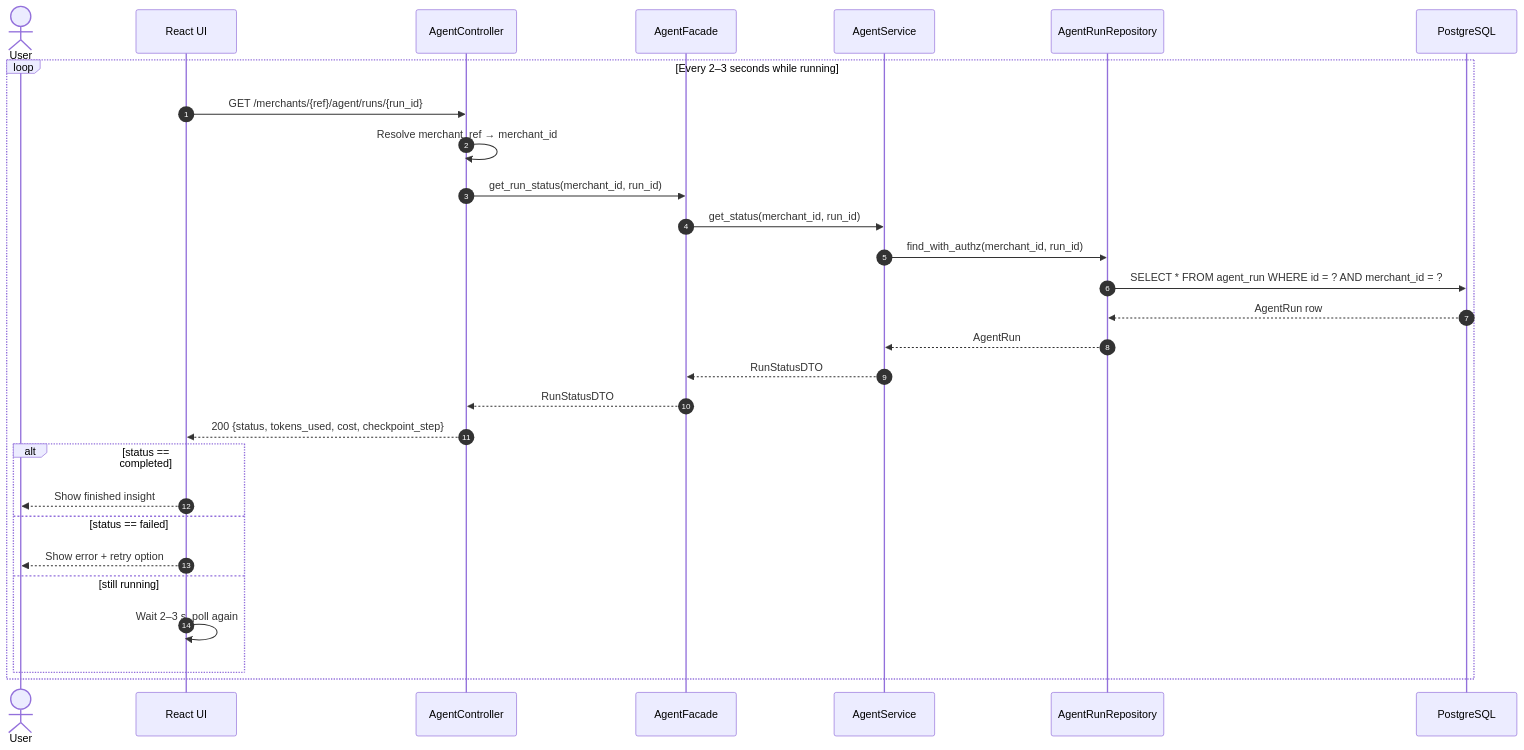
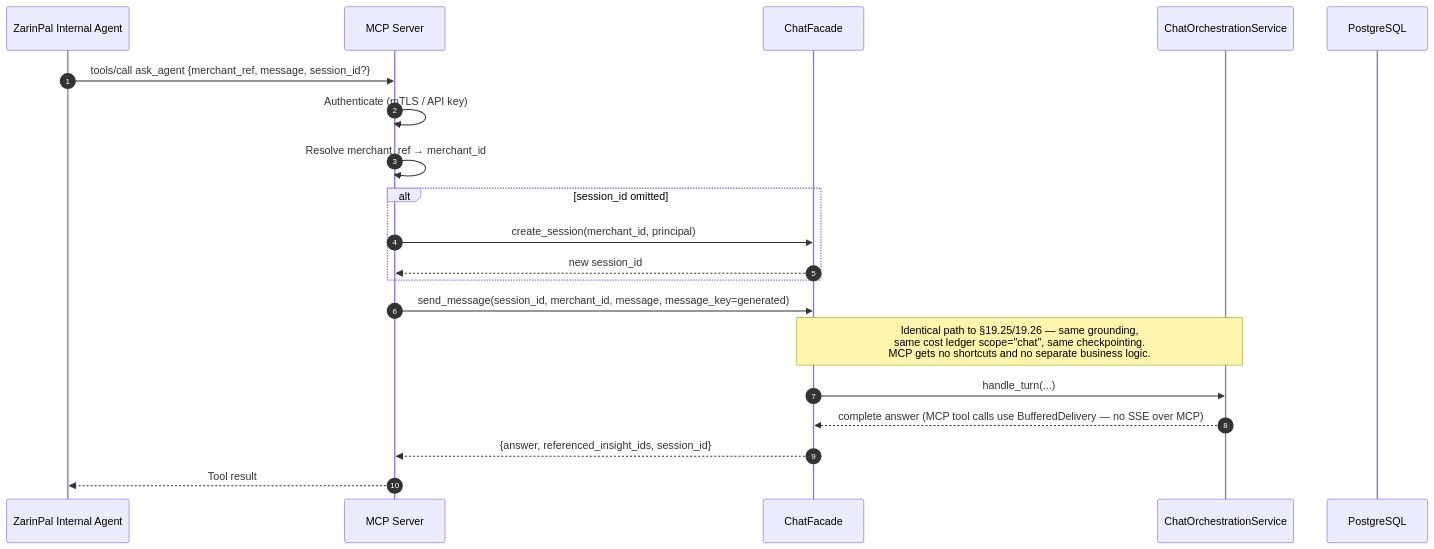
The seventh of 7 diagrams in spec.md (MostafaMashhadi/ZarinPalMerchantDashboard), drawn with Mermaid before and after one commit. The commit also changed other lines of this file, not shown here.

Commit message:
spec.md updated(ChatBot Included)

````diff
--- a/spec.md
+++ b/spec.md
@@ -1659,32 +1453,23 @@
 ```mermaid
 sequenceDiagram
     autonumber
-    actor User
-    participant UI as React UI
-    participant Ctrl as AgentController
-    participant Fac as AgentFacade
-    participant Svc as AgentService
-    participant RunRepo as AgentRunRepository
+    participant Agent as ZarinPal Internal Agent
+    participant MCP as MCP Server
+    participant Fac as ChatFacade
+    participant Orch as ChatOrchestrationService
     participant PG as PostgreSQL
 
-    loop Every 2–3 seconds while running
-        UI->>Ctrl: GET /merchants/{ref}/agent/runs/{run_id}
-        Ctrl->>Ctrl: Resolve merchant_ref → merchant_id
-        Ctrl->>Fac: get_run_status(merchant_id, run_id)
-        Fac->>Svc: get_status(merchant_id, run_id)
-        Svc->>RunRepo: find_with_authz(merchant_id, run_id)
-        RunRepo->>PG: SELECT * FROM agent_run WHERE id = ? AND merchant_id = ?
-        PG-->>RunRepo: AgentRun row
-        RunRepo-->>Svc: AgentRun
-        Svc-->>Fac: RunStatusDTO
-        Fac-->>Ctrl: RunStatusDTO
-        Ctrl-->>UI: 200 {status, tokens_used, cost, checkpoint_step}
-        alt status == completed
-            UI-->>User: Show finished insight
-        else status == failed
-            UI-->>User: Show error + retry option
-        else still running
-            UI->>UI: Wait 2–3 s, poll again
-        end
+    Agent->>MCP: tools/call ask_agent {merchant_ref, message, session_id?}
+    MCP->>MCP: Authenticate (mTLS / API key)
+    MCP->>MCP: Resolve merchant_ref → merchant_id
+    alt session_id omitted
+        MCP->>Fac: create_session(merchant_id, principal)
+        Fac-->>MCP: new session_id
     end
+    MCP->>Fac: send_message(session_id, merchant_id, message, message_key=generated)
+    Note over Fac,Orch: Identical path to §19.25/19.26 — same grounding,<br/>same cost ledger scope="chat", same checkpointing.<br/>MCP gets no shortcuts and no separate business logic.
+    Fac->>Orch: handle_turn(...)
+    Orch-->>Fac: complete answer (MCP tool calls use BufferedDelivery — no SSE over MCP)
+    Fac-->>MCP: {answer, referenced_insight_ids, session_id}
+    MCP-->>Agent: Tool result
 ```
````
